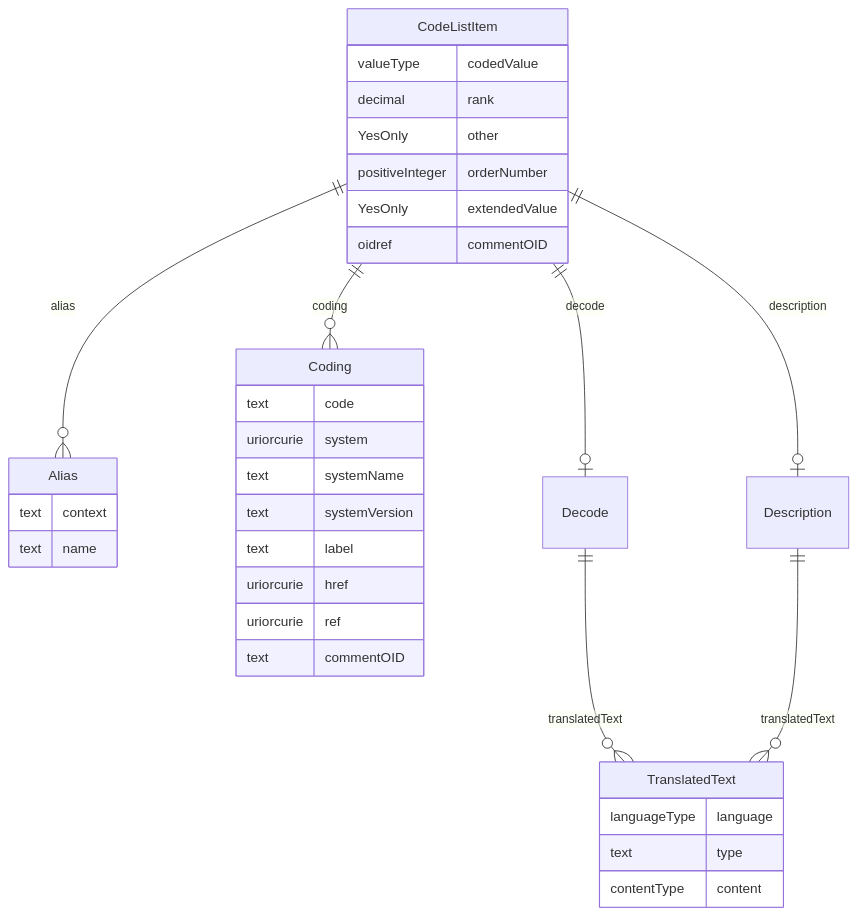
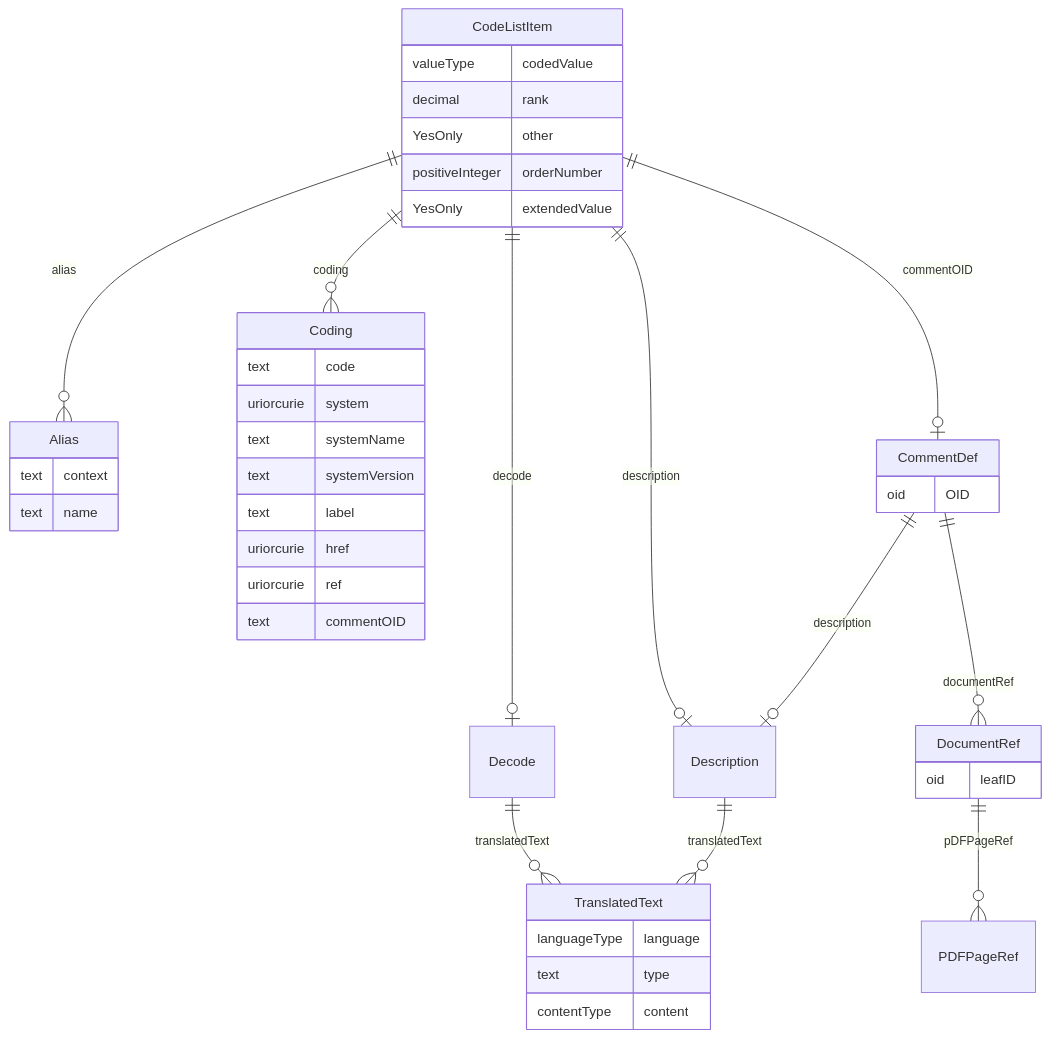
The diagram in docs/CodeListItem.md (cdisc-org/DataExchange-ODM-LinkML), drawn with Mermaid before and after one commit. The commit also changed other lines of this file and 338 other files, not shown here.

````diff
--- a/docs/CodeListItem.md
+++ b/docs/CodeListItem.md
@@ -11,44 +11,53 @@
 ```mermaid
 erDiagram
 CodeListItem {
     valueType codedValue  
     decimal rank  
     YesOnly other  
     positiveInteger orderNumber  
     YesOnly extendedValue  
-    oidref commentOID  
 }
 Alias {
     text context  
     text name  
 }
 Coding {
     text code  
     uriorcurie system  
     text systemName  
     text systemVersion  
     text label  
     uriorcurie href  
     uriorcurie ref  
     text commentOID  
 }
 Decode {
 
 }
 TranslatedText {
     languageType language  
     text type  
     contentType content  
 }
 Description {
 
 }
+CommentDef {
+    oid OID  
+}
+DocumentRef {
+    oid leafID  
+}
 
+CodeListItem ||--|o CommentDef : "commentOID"
 CodeListItem ||--|o Description : "description"
 CodeListItem ||--|o Decode : "decode"
 CodeListItem ||--}o Coding : "coding"
 CodeListItem ||--}o Alias : "alias"
 Decode ||--}o TranslatedText : "translatedText"
 Description ||--}o TranslatedText : "translatedText"
+CommentDef ||--|o Description : "description"
+CommentDef ||--}o DocumentRef : "documentRef"
+DocumentRef ||--}o PDFPageRef : "pDFPageRef"
 
 ```
````
